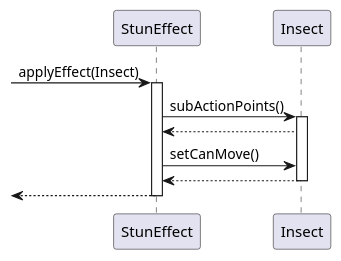
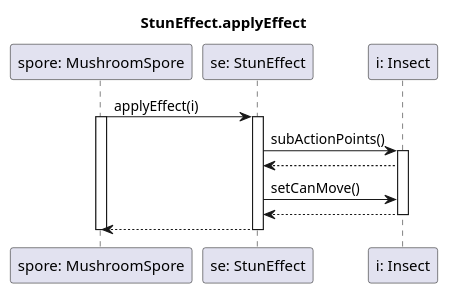
The diagram in diagrams/sequence/effects/stuneffect.plantuml (dzsem/projlab), drawn with PlantUML before and after one commit. The commit also changed 3 other files, not shown here.

```diff
--- a/diagrams/sequence/effects/stuneffect.plantuml
+++ b/diagrams/sequence/effects/stuneffect.plantuml
@@ -1,28 +1,27 @@
 @startuml StunEffect
+title StunEffect.applyEffect
 
-participant "StunEffect" as effect
+participant "spore: MushroomSpore" as spore
+participant "se: StunEffect" as effect
+participant "i: Insect" as insect
 
-participant "Insect" as insect
-
-
-
-
--> effect : applyEffect(Insect)
+spore -> effect : applyEffect(i)
+activate spore
 activate effect
 
 effect->insect:subActionPoints()
 activate insect
 
 effect<--insect
 
 effect->insect:setCanMove()
 effect<--insect
 deactivate insect
 
-<--effect
+spore <--effect
 deactivate effect
-
+deactivate spore
 
 
 
 @enduml
```
